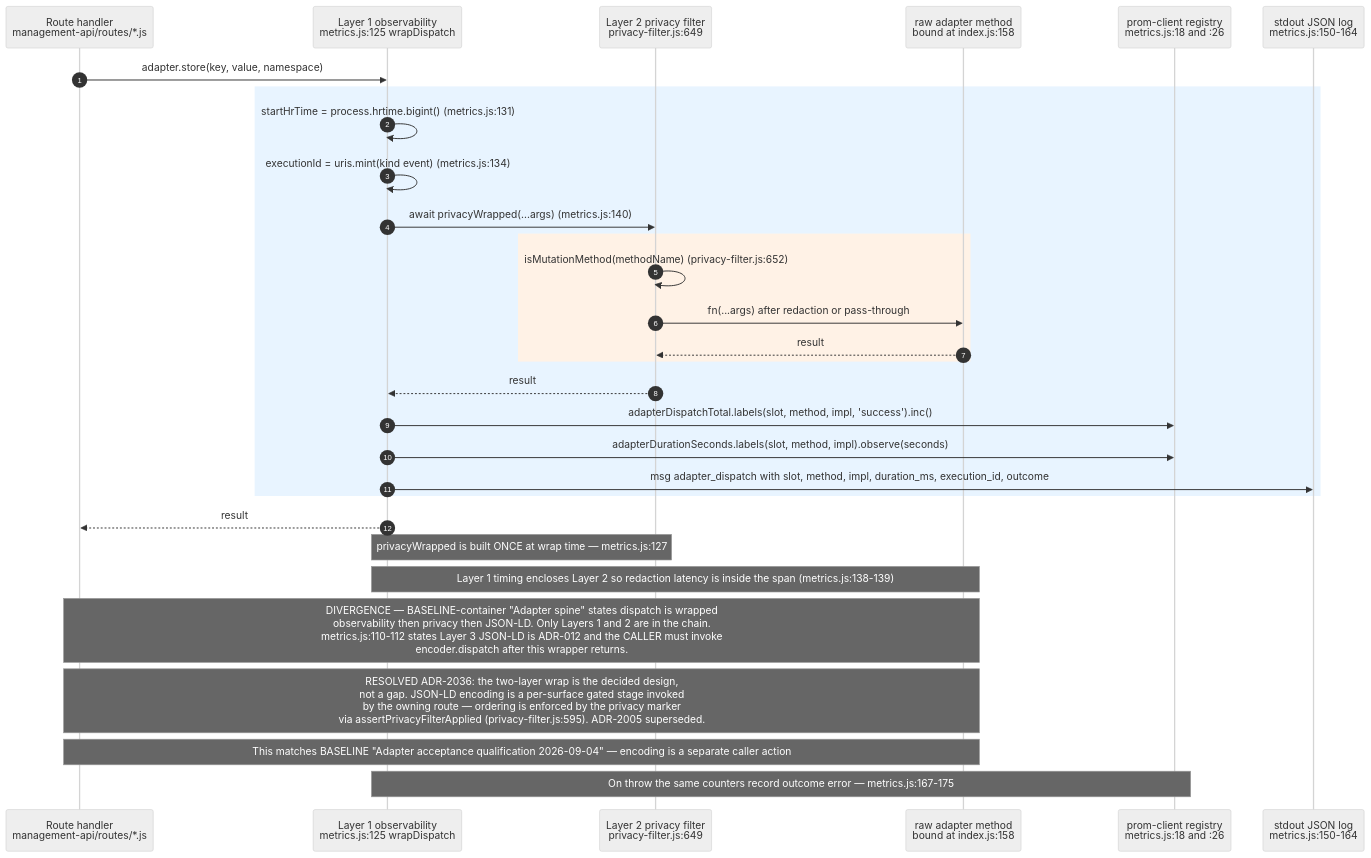
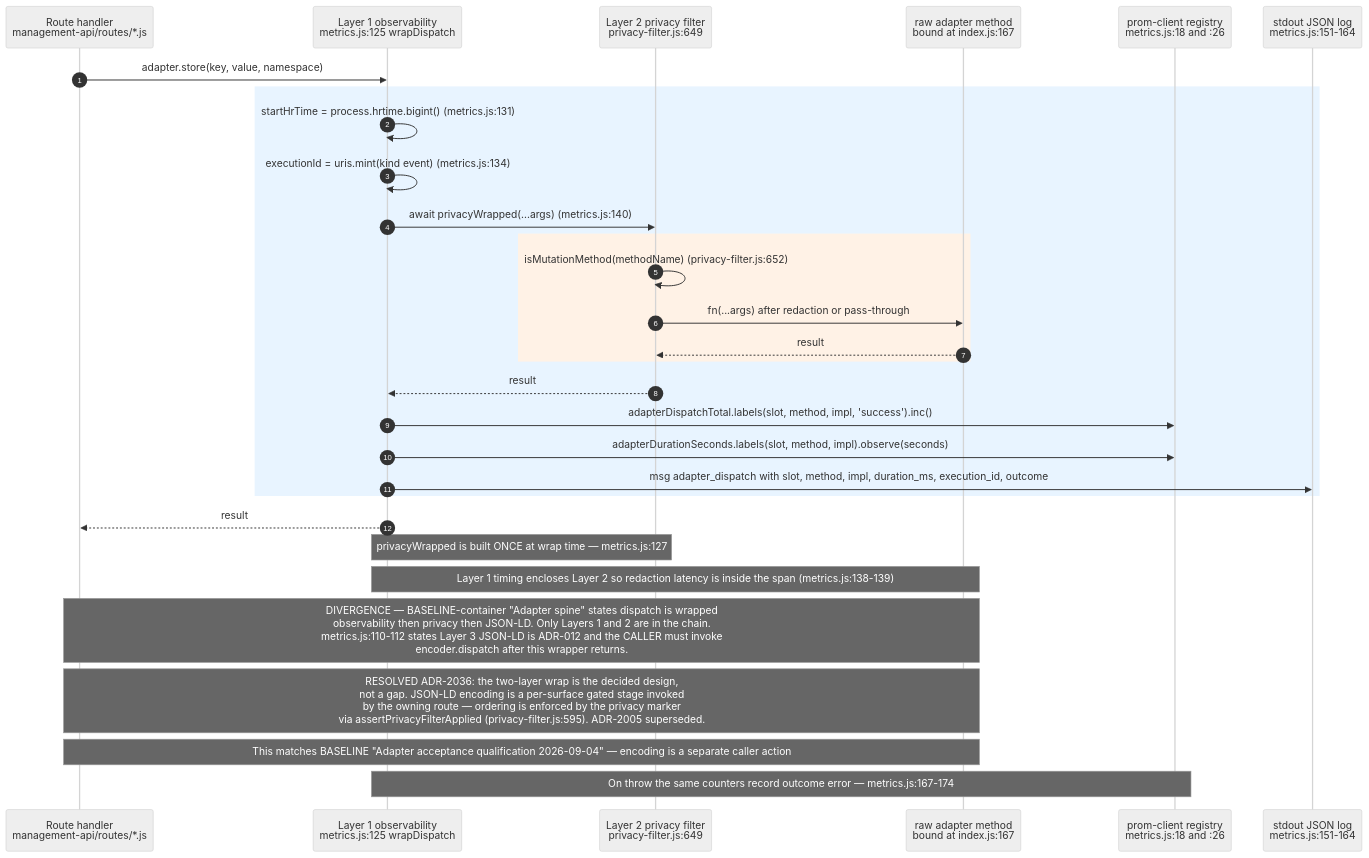
The fourth of 15 diagrams in docs/diagrams/agentbox/04-adapter-spine.md (DreamLab-AI/VisionFlow), drawn with Mermaid (neutral theme) before and after one commit. The commit also changed other lines of this file and 173 other files, not shown here.

````diff
--- a/docs/diagrams/agentbox/04-adapter-spine.md
+++ b/docs/diagrams/agentbox/04-adapter-spine.md
@@ -181,33 +188,33 @@
 ```mermaid
 sequenceDiagram
     autonumber
     participant C as Route handler<br/>management-api/routes/*.js
     participant L1 as Layer 1 observability<br/>metrics.js:125 wrapDispatch
     participant L2 as Layer 2 privacy filter<br/>privacy-filter.js:649
-    participant FN as raw adapter method<br/>bound at index.js:158
+    participant FN as raw adapter method<br/>bound at index.js:167
     participant PM as prom-client registry<br/>metrics.js:18 and :26
-    participant LOG as stdout JSON log<br/>metrics.js:150-164
+    participant LOG as stdout JSON log<br/>metrics.js:151-164
 
     C->>L1: adapter.store(key, value, namespace)
     rect rgb(232, 244, 255)
         L1->>L1: startHrTime = process.hrtime.bigint() (metrics.js:131)
         L1->>L1: executionId = uris.mint(kind event) (metrics.js:134)
         L1->>L2: await privacyWrapped(...args) (metrics.js:140)
         rect rgb(255, 242, 230)
             L2->>L2: isMutationMethod(methodName) (privacy-filter.js:652)
             L2->>FN: fn(...args) after redaction or pass-through
             FN-->>L2: result
         end
         L2-->>L1: result
         L1->>PM: adapterDispatchTotal.labels(slot, method, impl, 'success').inc()
         L1->>PM: adapterDurationSeconds.labels(slot, method, impl).observe(seconds)
         L1->>LOG: msg adapter_dispatch with slot, method, impl, duration_ms, execution_id, outcome
     end
     L1-->>C: result
     Note over L1,L2: privacyWrapped is built ONCE at wrap time — metrics.js:127
     Note over L1,FN: Layer 1 timing encloses Layer 2 so redaction latency is inside the span (metrics.js:138-139)
     Note over C,FN: DIVERGENCE — BASELINE-container "Adapter spine" states dispatch is wrapped<br/>observability then privacy then JSON-LD. Only Layers 1 and 2 are in the chain.<br/>metrics.js:110-112 states Layer 3 JSON-LD is ADR-012 and the CALLER must invoke<br/>encoder.dispatch after this wrapper returns.
     Note over C,FN: RESOLVED ADR-2036: the two-layer wrap is the decided design,<br/>not a gap. JSON-LD encoding is a per-surface gated stage invoked<br/>by the owning route — ordering is enforced by the privacy marker<br/>via assertPrivacyFilterApplied (privacy-filter.js:595). ADR-2005 superseded.
     Note over C,FN: This matches BASELINE "Adapter acceptance qualification 2026-09-04" — encoding is a separate caller action
-    Note over L1,PM: On throw the same counters record outcome error — metrics.js:167-175
+    Note over L1,PM: On throw the same counters record outcome error — metrics.js:167-174
 ```
````
